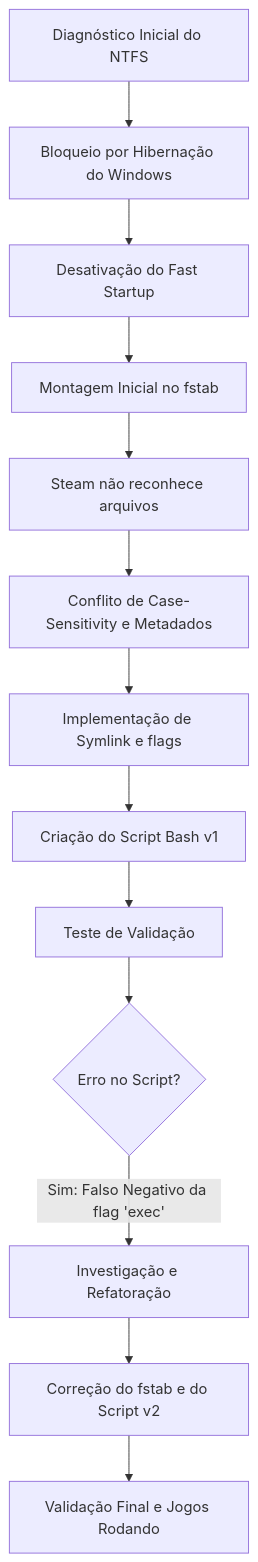
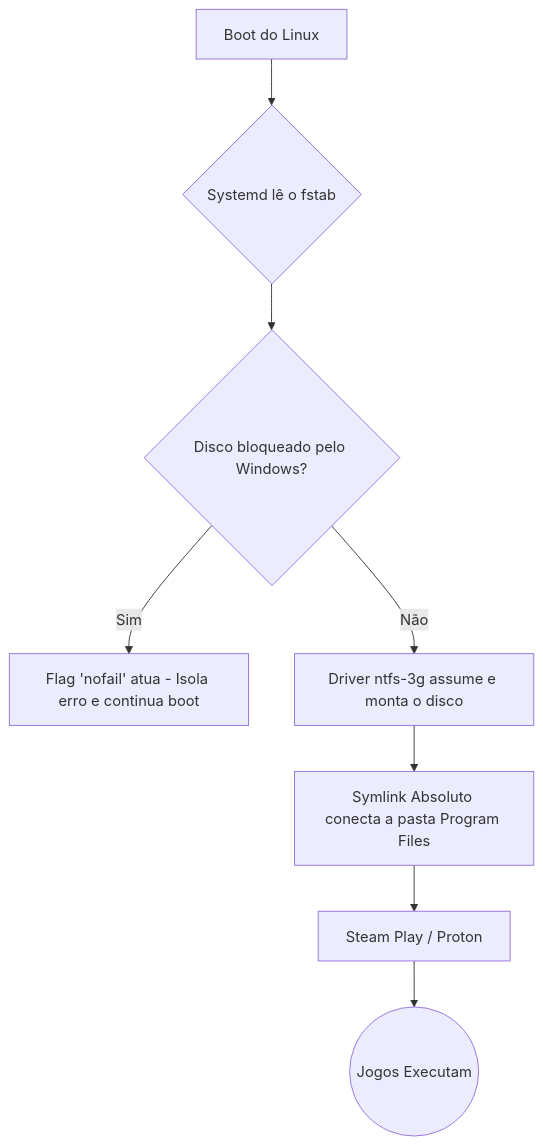
One commit to tiagonunes1337/linux-troubleshooting changed the diagram in jogos/steam-ntfs/README.md. Above: the diagram before and after it, drawn with Mermaid. The commit also changed other lines of this file, not shown here.

Commit message:
docs(steam-ntfs): registra resolucao de emergency mode e migracao de driver ntfs-3g no roadmap de desenvolvimento

````diff
--- a/jogos/steam-ntfs/README.md
+++ b/jogos/steam-ntfs/README.md
@@ -23,15 +127,10 @@
 ```mermaid
 flowchart TD
-    A[Diagnóstico Inicial do NTFS] --> B[Bloqueio por Hibernação do Windows]
-    B --> C[Desativação do Fast Startup]
-    C --> D[Montagem Inicial no fstab]
-    D --> E[Steam não reconhece arquivos]
-    E --> F[Conflito de Case-Sensitivity e Metadados]
-    F --> G[Implementação de Symlink e flags]
-    G --> H[Criação do Script Bash v1]
-    H --> I[Teste de Validação]
-    I --> J{Erro no Script?}
-    J -->|Sim: Falso Negativo da flag 'exec'| K[Investigação e Refatoração]
-    K --> L[Correção do fstab e do Script v2]
-    L --> M[Validação Final e Jogos Rodando]
+    A[Boot do Linux] --> B{Systemd lê o fstab}
+    B --> C{Disco bloqueado pelo Windows?}
+    C -->|Sim| D[Flag 'nofail' atua - Isola erro e continua boot]
+    C -->|Não| E[Driver ntfs-3g assume e monta o disco]
+    E --> F[Symlink Absoluto conecta a pasta Program Files]
+    F --> G[Steam Play / Proton]
+    G --> H((Jogos Executam))
 ```
````
